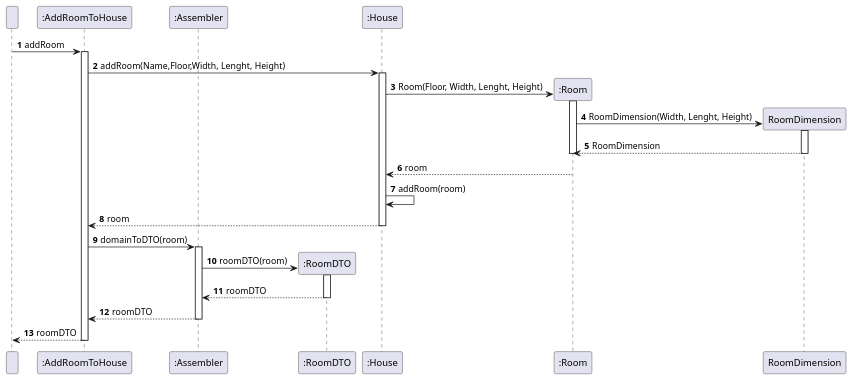
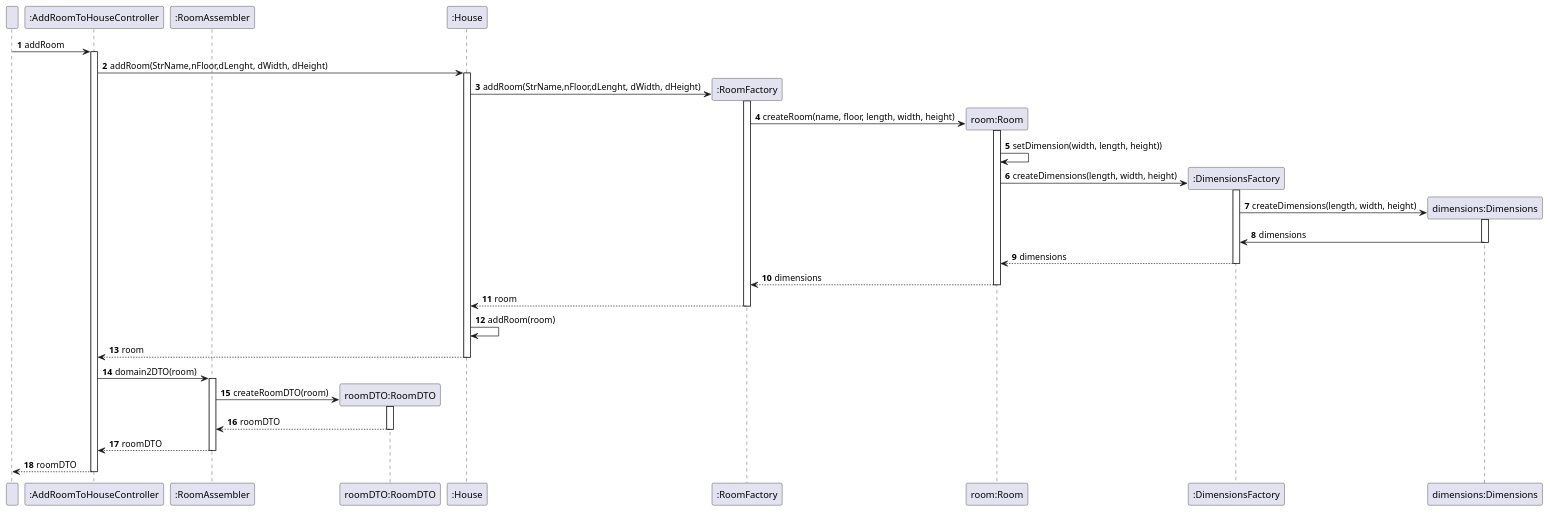
The diagram in docs/ood/SequenceDiagram/US02AddRoomToHouse.puml (olivDiogo/SmartHome), drawn with PlantUML before and after one commit.

Commit message:
#42 - Sequence Diagram US02 updated

```diff
--- a/docs/ood/SequenceDiagram/US02AddRoomToHouse.puml
+++ b/docs/ood/SequenceDiagram/US02AddRoomToHouse.puml
@@ -1,40 +1,65 @@
 @startuml
 autonumber
 
 participant " " as User
-participant ":AddRoomToHouse" as Controller
-participant ":Assembler" as Assembler
-participant ":RoomDTO" as RoomDTO
+participant ":AddRoomToHouseController" as Controller
+participant ":RoomAssembler" as Assembler
+participant "roomDTO:RoomDTO" as RoomDTO
 participant ":House" as House
-participant ":Room" as Room
+participant ":RoomFactory" as RoomFactory
+participant "room:Room" as Room
+participant ":DimensionsFactory" as DimensionsFactory
+participant "dimensions:Dimensions" as Dimensions
+
 
 User -> Controller: addRoom
 activate Controller
-Controller -> House: addRoom(Name,Floor,Width, Lenght, Height)
+Controller -> House: addRoom(StrName,nFloor,dLenght, dWidth, dHeight)
 activate House
+
+create RoomFactory
+House -> RoomFactory: addRoom(StrName,nFloor,dLenght, dWidth, dHeight)
+activate RoomFactory
+
 create Room
-House -> Room: Room(Floor, Width, Lenght, Height)
-create RoomDimension
+RoomFactory -> Room: createRoom(name, floor, length, width, height)
 activate Room
-Room -> RoomDimension: RoomDimension(Width, Lenght, Height)
-activate RoomDimension
-RoomDimension --> Room: RoomDimension
-deactivate RoomDimension
+Room -> Room: setDimension(width, length, height))
+
+create DimensionsFactory
+Room -> DimensionsFactory: createDimensions(length, width, height)
+activate DimensionsFactory
+
+create Dimensions
+DimensionsFactory -> Dimensions: createDimensions(length, width, height)
+activate Dimensions
+Dimensions -> DimensionsFactory: dimensions
+deactivate Dimensions
+
+DimensionsFactory --> Room: dimensions
+deactivate DimensionsFactory
+Room --> RoomFactory:dimensions
 deactivate Room
-Room --> House: room
+
+RoomFactory --> House: room
+deactivate RoomFactory
+
 House -> House: addRoom(room)
 House --> Controller: room
 deactivate House
-Controller -> Assembler: domainToDTO(room)
+
+Controller -> Assembler: domain2DTO(room)
 activate Assembler
+
 create RoomDTO
-Assembler -> RoomDTO: roomDTO(room)
+Assembler -> RoomDTO : createRoomDTO(room)
 activate RoomDTO
 RoomDTO --> Assembler: roomDTO
 deactivate RoomDTO
+
 Assembler --> Controller: roomDTO
 deactivate Assembler
 Controller --> User: roomDTO
 deactivate Controller
 
 @enduml
```
